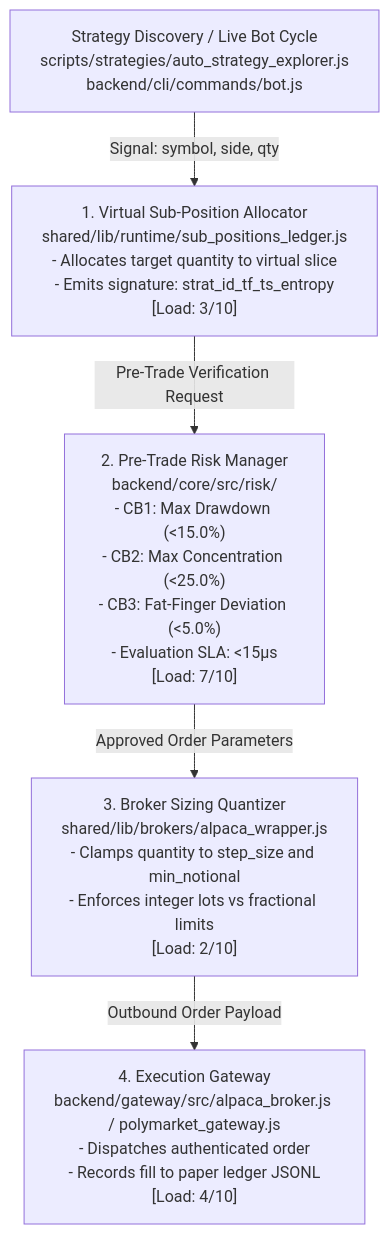
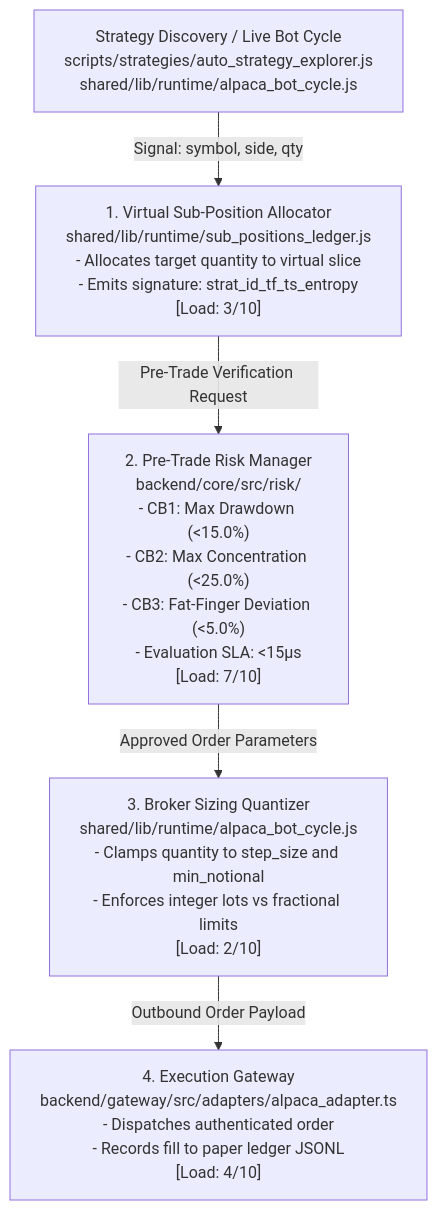
The third of 3 diagrams in docs/engineering/architecture/01_ARCHITECTURE_AND_CODEBASE.md (vgbn2/personal_finance_draft), drawn with Mermaid before and after one commit. The commit also changed other lines of this file and 36 other files, not shown here.

First line of the commit message:
fix(docs): remediate rendering crashes, root escapes, and architectural path drift (#4)

````diff
--- a/docs/engineering/architecture/01_ARCHITECTURE_AND_CODEBASE.md
+++ b/docs/engineering/architecture/01_ARCHITECTURE_AND_CODEBASE.md
@@ -96,13 +96,13 @@
 ```mermaid
 flowchart TD
-    BOT["Strategy Discovery / Live Bot Cycle<br/>scripts/strategies/auto_strategy_explorer.js<br/>backend/cli/commands/bot.js"]
+    BOT["Strategy Discovery / Live Bot Cycle<br/>scripts/strategies/auto_strategy_explorer.js<br/>shared/lib/runtime/alpaca_bot_cycle.js"]
     ALLOC["1. Virtual Sub-Position Allocator<br/>shared/lib/runtime/sub_positions_ledger.js<br/>- Allocates target quantity to virtual slice<br/>- Emits signature: strat_id_tf_ts_entropy<br/>[Load: 3/10]"]
     RISK["2. Pre-Trade Risk Manager<br/>backend/core/src/risk/<br/>- CB1: Max Drawdown (<15.0%)<br/>- CB2: Max Concentration (<25.0%)<br/>- CB3: Fat-Finger Deviation (<5.0%)<br/>- Evaluation SLA: <15µs<br/>[Load: 7/10]"]
-    QUANT["3. Broker Sizing Quantizer<br/>shared/lib/brokers/alpaca_wrapper.js<br/>- Clamps quantity to step_size and min_notional<br/>- Enforces integer lots vs fractional limits<br/>[Load: 2/10]"]
-    GATEWAY["4. Execution Gateway<br/>backend/gateway/src/alpaca_broker.js / polymarket_gateway.js<br/>- Dispatches authenticated order<br/>- Records fill to paper ledger JSONL<br/>[Load: 4/10]"]
+    QUANT["3. Broker Sizing Quantizer<br/>shared/lib/runtime/alpaca_bot_cycle.js<br/>- Clamps quantity to step_size and min_notional<br/>- Enforces integer lots vs fractional limits<br/>[Load: 2/10]"]
+    GATEWAY["4. Execution Gateway<br/>backend/gateway/src/adapters/alpaca_adapter.ts<br/>- Dispatches authenticated order<br/>- Records fill to paper ledger JSONL<br/>[Load: 4/10]"]
 
     BOT -->|Signal: symbol, side, qty| ALLOC
     ALLOC -->|Pre-Trade Verification Request| RISK
     RISK -->|Approved Order Parameters| QUANT
     QUANT -->|Outbound Order Payload| GATEWAY
 ```
````
